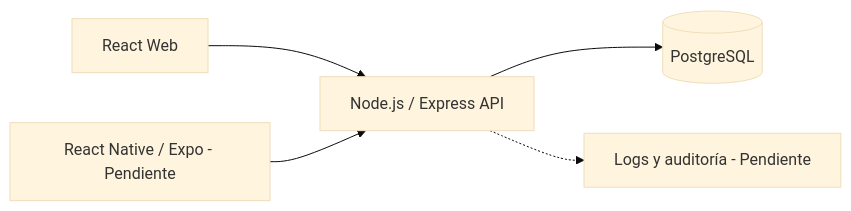
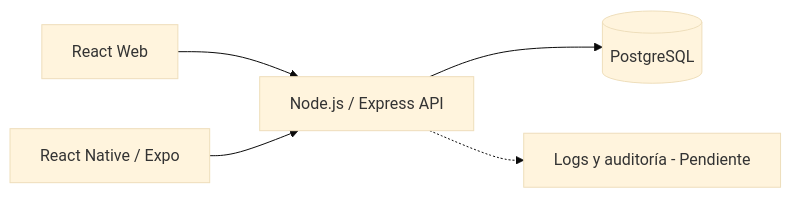
Before and after one commit to Yair-Blad/treowallet: the diagram in specs/design.md, drawn with Mermaid (base theme). The commit also changed other lines of this file and 1174 other files, not shown here.

````diff
--- a/specs/design.md
+++ b/specs/design.md
@@ -19,7 +21,7 @@
 ```mermaid
 flowchart LR
     WEB[React Web] --> API[Node.js / Express API]
-    MOBILE[React Native / Expo - Pendiente] --> API
+    MOBILE[React Native / Expo] --> API
     API --> DB[(PostgreSQL)]
     API -.-> LOG[Logs y auditoría - Pendiente]
 ```
````
